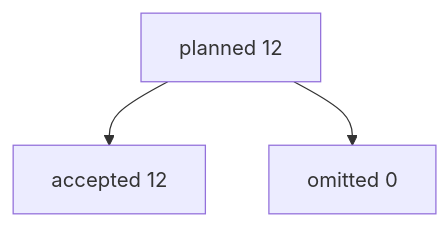
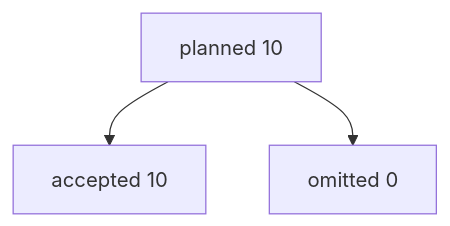
One commit to norandom/DocuHarnessX changed the second of 8 diagrams in docs/index.md. Above: the diagram before and after it, drawn with Mermaid. The commit also changed other lines of this file and 2 other files, not shown here.

````diff
--- a/docs/index.md
+++ b/docs/index.md
@@ -56,8 +54,8 @@
 ```mermaid
 flowchart TB
-  accepted["accepted 12"]
+  accepted["accepted 10"]
   omitted["omitted 0"]
-  planned["planned 12"]
+  planned["planned 10"]
   planned --> accepted
   planned --> omitted
 ```
````
